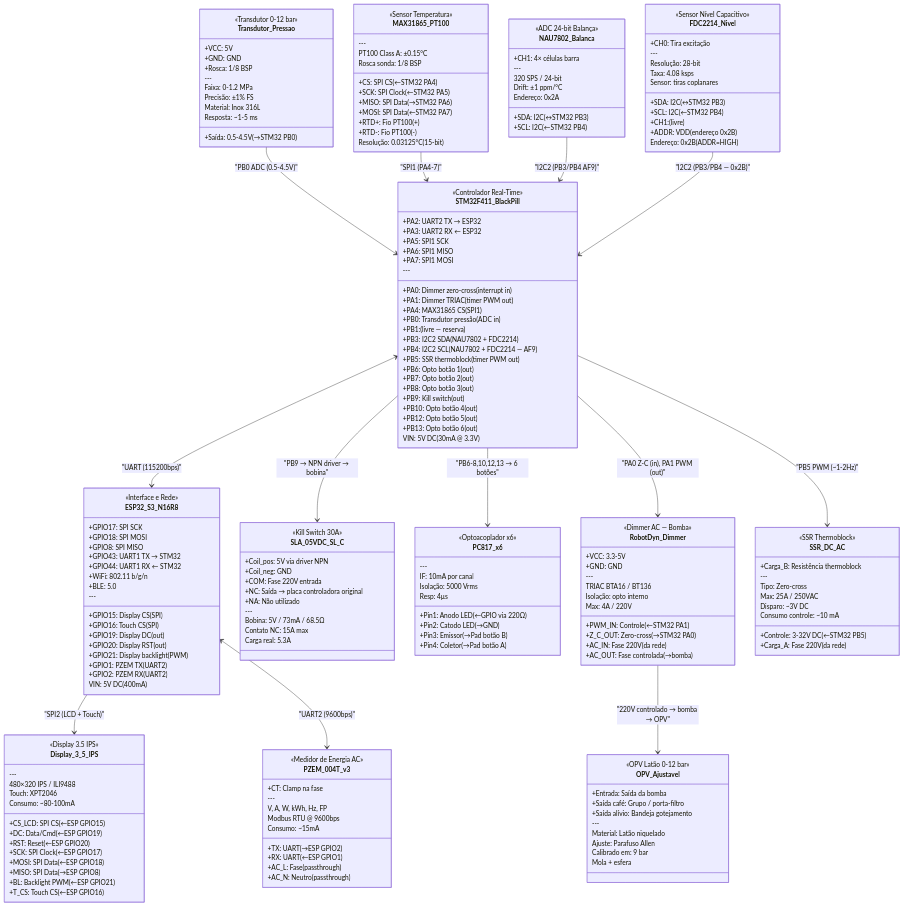
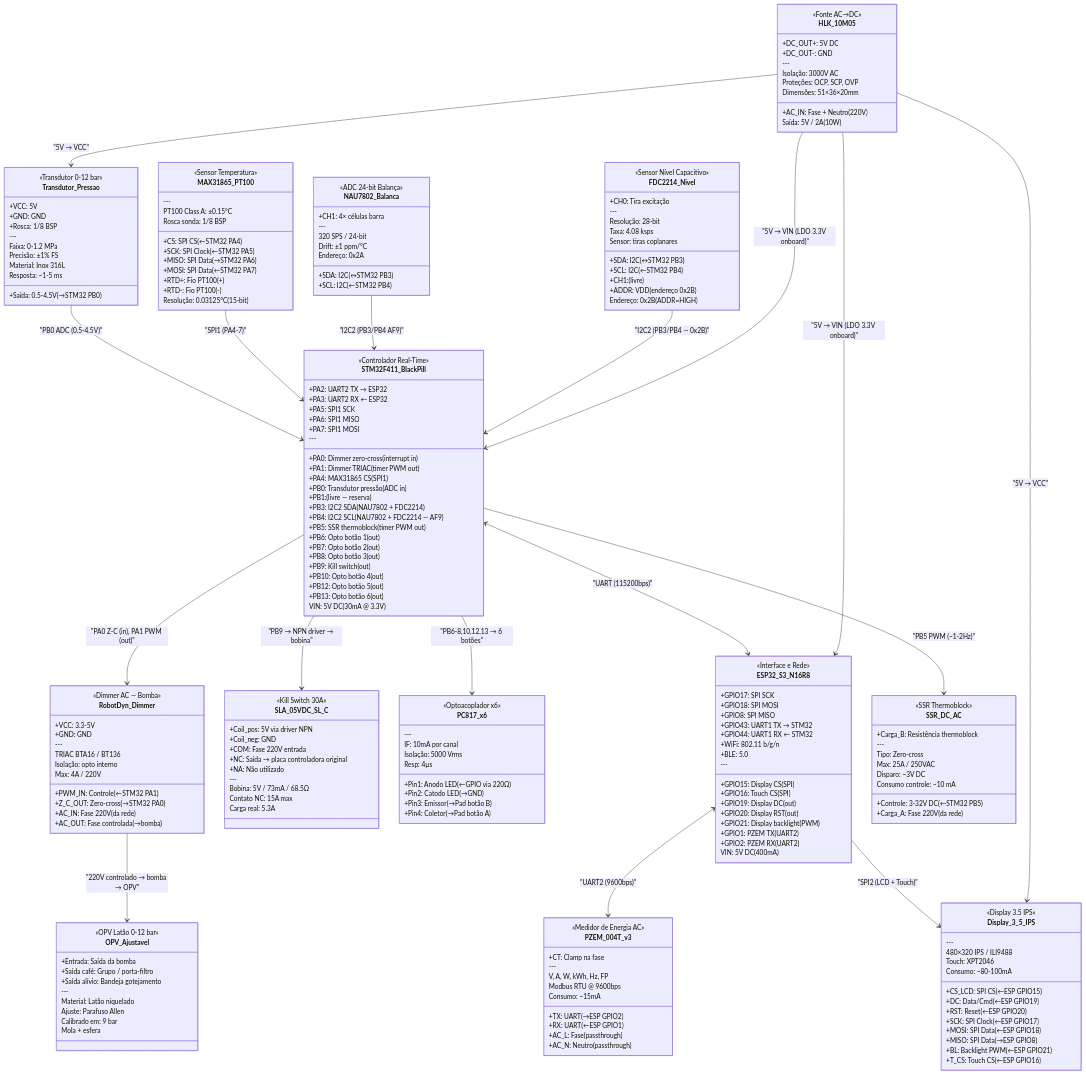
The first of 36 diagrams in docs/COMPONENTES.md (SamuelMoraesF/iot-oster-prima-latte2), drawn with Mermaid before and after one commit. The commit also changed other lines of this file and 2 other files, not shown here.

First line of the commit message:
Adiciona fonte HLK-10M05 e remove AMS1117 desnecessário

````diff
--- a/docs/COMPONENTES.md
+++ b/docs/COMPONENTES.md
@@ -209,4 +209,21 @@
     FDC2214_Nivel --> STM32F411_BlackPill : "I2C2 (PB3/PB4 — 0x2B)"
     STM32F411_BlackPill --> SLA_05VDC_SL_C : "PB9 → NPN driver → bobina"
     STM32F411_BlackPill --> PC817_x6 : "PB6-8,10,12,13 → 6 botões"
+
+    class HLK_10M05 {
+        <<Fonte AC→DC>>
+        +AC_IN: Fase + Neutro (220V)
+        +DC_OUT+: 5V DC
+        +DC_OUT-: GND
+        ---
+        Saída: 5V / 2A (10W)
+        Isolação: 3000V AC
+        Proteções: OCP, SCP, OVP
+        Dimensões: 51×36×20mm
+    }
+
+    HLK_10M05 --> ESP32_S3_N16R8 : "5V → VIN (LDO 3.3V onboard)"
+    HLK_10M05 --> STM32F411_BlackPill : "5V → VIN (LDO 3.3V onboard)"
+    HLK_10M05 --> Display_3_5_IPS : "5V → VCC"
+    HLK_10M05 --> Transdutor_Pressao : "5V → VCC"
 ```
````
